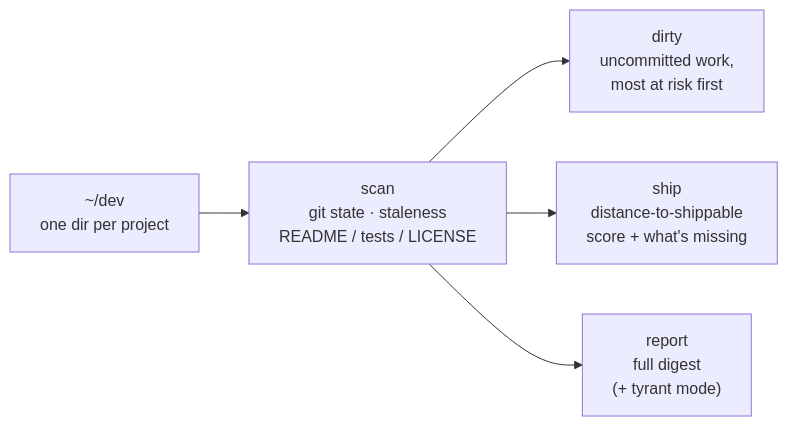
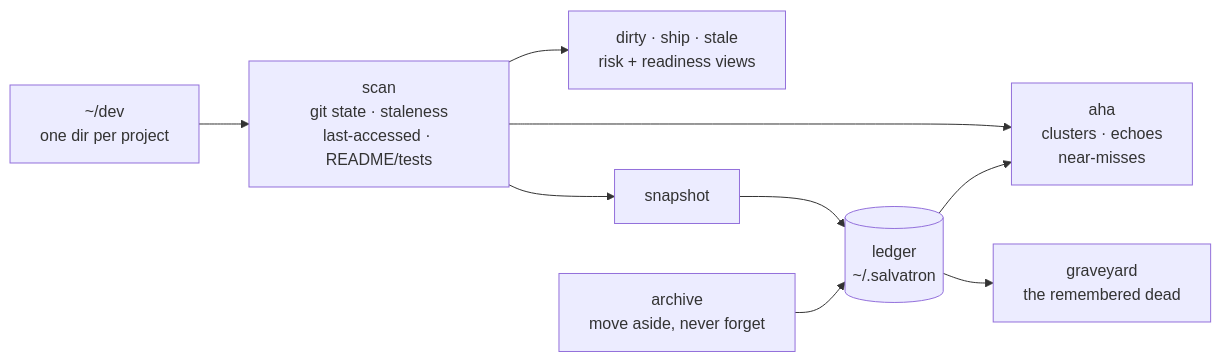
Before and after one commit to jhammant/salvatron: the diagram in README.md, drawn with Mermaid. The commit also changed other lines of this file, not shown here.

Commit message:
docs: refresh diagram and example for ledger, aha and archive features

````diff
--- a/README.md
+++ b/README.md
@@ -66,7 +75,11 @@
 ```mermaid
 flowchart LR
-    A["~/dev<br>one dir per project"] --> B["scan<br>git state · staleness<br>README / tests / LICENSE"]
-    B --> C["dirty<br>uncommitted work,<br>most at risk first"]
-    B --> D["ship<br>distance-to-shippable<br>score + what's missing"]
-    B --> E["report<br>full digest<br>(+ tyrant mode)"]
+    A["~/dev<br>one dir per project"] --> B["scan<br>git state · staleness<br>last-accessed · README/tests"]
+    B --> C["dirty · ship · stale<br>risk + readiness views"]
+    B --> D["aha<br>clusters · echoes<br>near-misses"]
+    B --> E["snapshot"]
+    E --> F[("ledger<br>~/.salvatron")]
+    F --> D
+    F --> G["graveyard<br>the remembered dead"]
+    H["archive<br>move aside, never forget"] --> F
 ```
````
